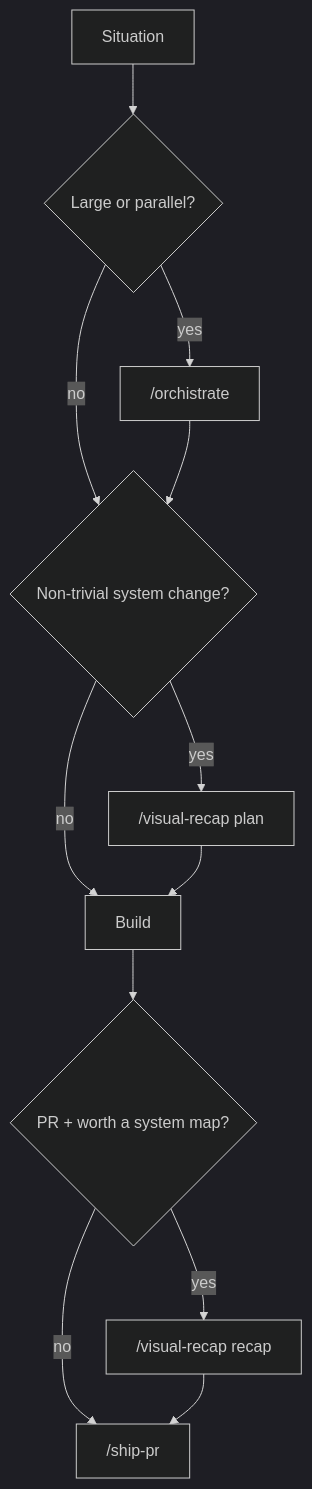
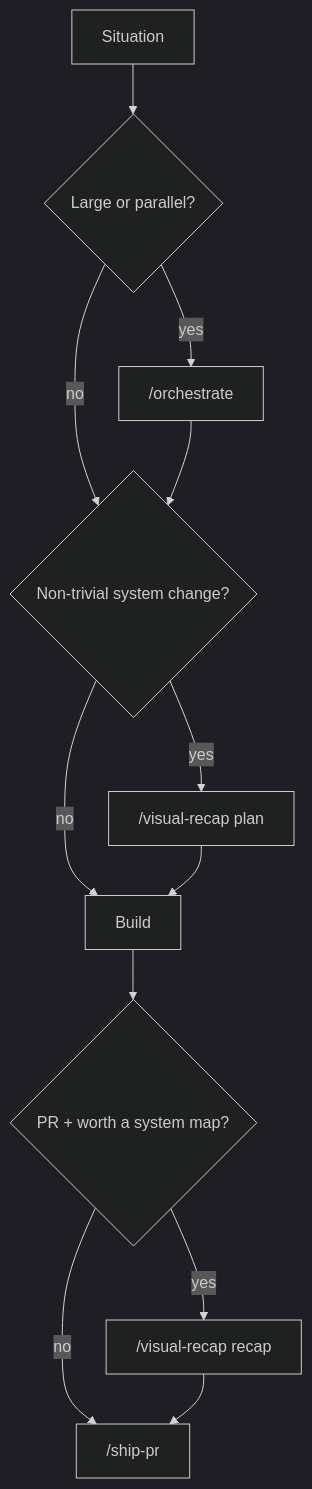
One commit to kentcdodds/kcd-skills changed the diagram in skills/ask-kent/SKILL.md. Above: the diagram before and after it, drawn with Mermaid (dark theme). The commit also changed other lines of this file and 2 other files, not shown here.

First line of the commit message:
Rename orchistrate skill to orchestrate

````diff
--- a/skills/ask-kent/SKILL.md
+++ b/skills/ask-kent/SKILL.md
@@ -37,14 +37,14 @@
 ```mermaid
 flowchart TD
 	sit[Situation] --> big{Large or parallel?}
-	big -->|yes| orch["/orchistrate"]
+	big -->|yes| orch["/orchestrate"]
 	big -->|no| plan{Non-trivial system change?}
 	orch --> plan
 	plan -->|yes| vplan["/visual-recap plan"]
 	plan -->|no| build[Build]
 	vplan --> build
 	build --> recap{PR + worth a system map?}
 	recap -->|yes| vrecap["/visual-recap recap"]
 	recap -->|no| ship["/ship-pr"]
 	vrecap --> ship
 ```
````
